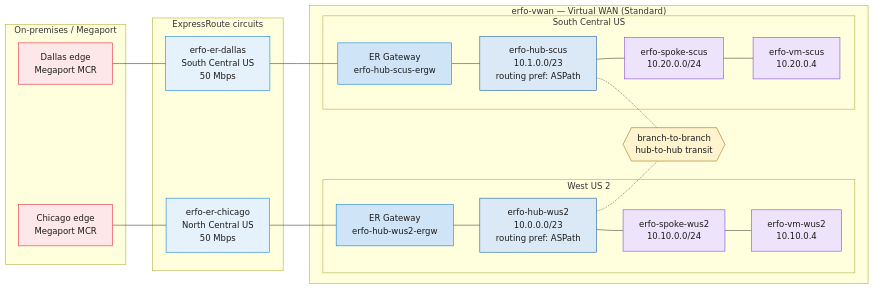
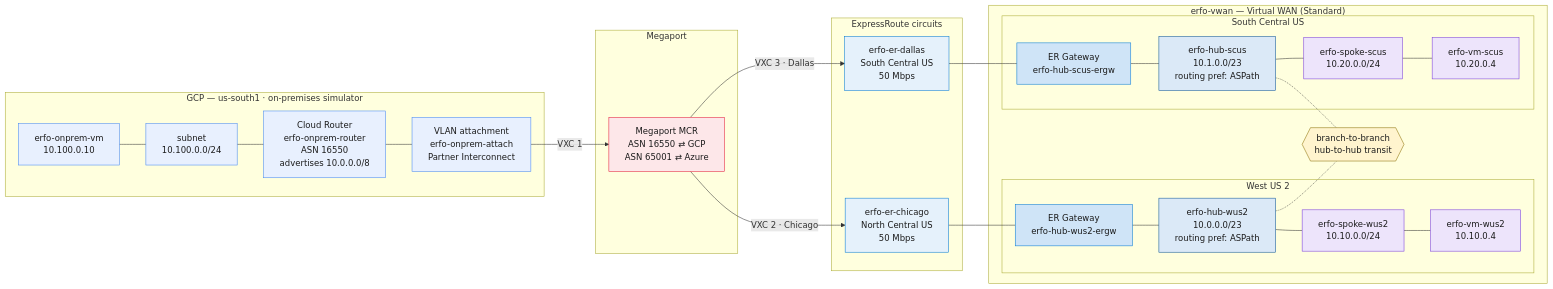
One commit to dmauser/azure-virtualwan changed the diagram in er-failover-dual-hub/README.md. Above: the diagram before and after it, drawn with Mermaid. The commit also changed 1 other file, not shown here.

Commit message:
Save uncommitted changes

````diff
--- a/er-failover-dual-hub/README.md
+++ b/er-failover-dual-hub/README.md
@@ -19,46 +19,58 @@
 ```mermaid
 flowchart LR
-    subgraph onprem["On-premises / Megaport"]
-        CHI["Chicago edge<br/>Megaport MCR"]
-        DAL["Dallas edge<br/>Megaport MCR"]
+    subgraph gcp["GCP — us-south1 · on-premises simulator"]
+        GVM["erfo-onprem-vm<br/>10.100.0.10"]
+        GSUB["subnet<br/>10.100.0.0/24"]
+        GCR["Cloud Router<br/>erfo-onprem-router<br/>ASN 16550<br/>advertises 10.0.0.0/8"]
+        GATT["VLAN attachment<br/>erfo-onprem-attach<br/>Partner Interconnect"]
+    end
+
+    subgraph onprem["Megaport"]
+        MCR["Megaport MCR<br/>ASN 16550 ⇄ GCP<br/>ASN 65001 ⇄ Azure"]
     end
 
     subgraph circuits["ExpressRoute circuits"]
         ERC["erfo-er-chicago<br/>North Central US<br/>50 Mbps"]
         ERD["erfo-er-dallas<br/>South Central US<br/>50 Mbps"]
     end
 
     subgraph vwan["erfo-vwan — Virtual WAN (Standard)"]
         subgraph wus2["West US 2"]
             GWC["ER Gateway<br/>erfo-hub-wus2-ergw"]
             HUBC["erfo-hub-wus2<br/>10.0.0.0/23<br/>routing pref: ASPath"]
             SPC["erfo-spoke-wus2<br/>10.10.0.0/24"]
             VMC["erfo-vm-wus2<br/>10.10.0.4"]
         end
         B2B{{"branch-to-branch<br/>hub-to-hub transit"}}
         subgraph scus["South Central US"]
             GWS["ER Gateway<br/>erfo-hub-scus-ergw"]
             HUBS["erfo-hub-scus<br/>10.1.0.0/23<br/>routing pref: ASPath"]
             SPS["erfo-spoke-scus<br/>10.20.0.0/24"]
             VMS["erfo-vm-scus<br/>10.20.0.4"]
         end
     end
 
-    CHI --- ERC --- GWC --- HUBC --- SPC --- VMC
-    DAL --- ERD --- GWS --- HUBS --- SPS --- VMS
+    GVM --- GSUB --- GCR --- GATT
+    GATT -->|"VXC 1"| MCR
+    MCR -->|"VXC 2 · Chicago"| ERC
+    MCR -->|"VXC 3 · Dallas"| ERD
+    ERC --- GWC --- HUBC --- SPC --- VMC
+    ERD --- GWS --- HUBS --- SPS --- VMS
     HUBC -.- B2B
     HUBS -.- B2B
 
+    classDef gcpc fill:#e8f0fe,stroke:#4285f4,color:#1b1b1b
     classDef edge fill:#fde7e9,stroke:#e31937,color:#1b1b1b
     classDef ckt fill:#e5f1fb,stroke:#0078d4,color:#1b1b1b
     classDef gw fill:#cfe4f7,stroke:#0078d4,color:#1b1b1b
     classDef hub fill:#dbe9f7,stroke:#0b5394,color:#1b1b1b
     classDef vm fill:#ede4fb,stroke:#773adc,color:#1b1b1b
     classDef transit fill:#fff4ce,stroke:#8a6d00,color:#1b1b1b
-    class CHI,DAL edge
+    class GVM,GSUB,GCR,GATT gcpc
+    class MCR edge
     class ERC,ERD ckt
     class GWC,GWS gw
     class HUBC,HUBS hub
     class SPC,SPS,VMC,VMS vm
     class B2B transit
 ```
````
